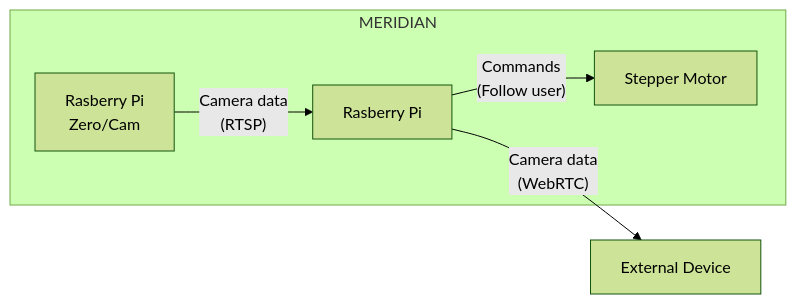
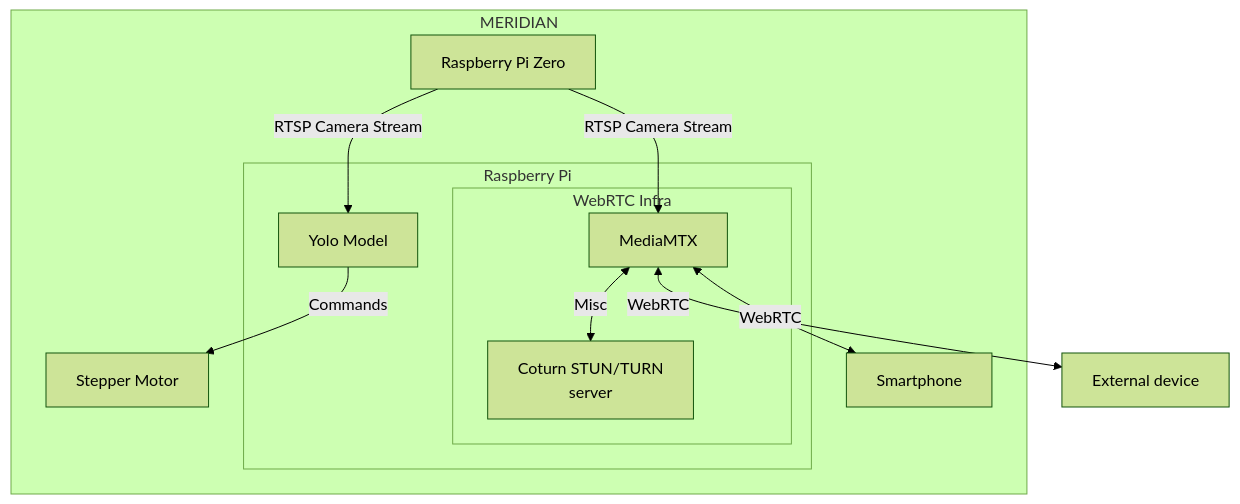
Before and after one commit to bwt2/MERIDIAN: the first of 5 diagrams in README.md, drawn with Mermaid (forest theme). The commit also changed other lines of this file, not shown here.

````diff
--- a/README.md
+++ b/README.md
@@ -6,8 +6,23 @@
 ```mermaid
-graph LR
-    subgraph MERIDIAN
-    rpi0["Rasberry Pi<br/>Zero/Cam"] -- "Camera data<br/>(RTSP)" --> rpi["Rasberry Pi"] 
-    rpi -- "Commands<br/>(Follow user)" --> sm["Stepper Motor"]
+flowchart TD
+subgraph MERIDIAN
+    subgraph Raspberry Pi
+        subgraph WebRTC Infra 
+            MM["MediaMTX"]
+            ct["Coturn STUN/TURN<br/>server"]
+        end
+        ym["Yolo Model"]
     end
-    rpi -- "Camera data<br/>(WebRTC)" --> m["External Device"]
+    rpi0["Raspberry Pi Zero"]
+    m["Stepper Motor"]
+    sm["Smartphone"]
+end
+ed["External device"]
+
+MM <-- "Misc" --> ct
+ym -- "Commands" --> m
+rpi0 -- "RTSP Camera Stream" --> ym
+rpi0 -- "RTSP Camera Stream" --> MM
+MM <-- "WebRTC" --> ed
+MM <-- "WebRTC" --> sm
 ```
````
